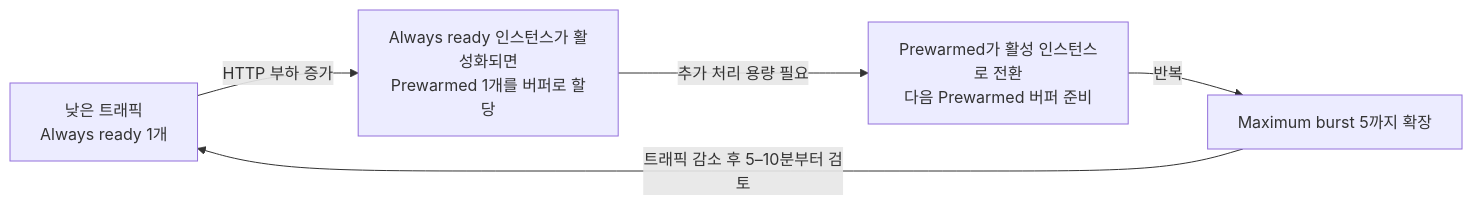
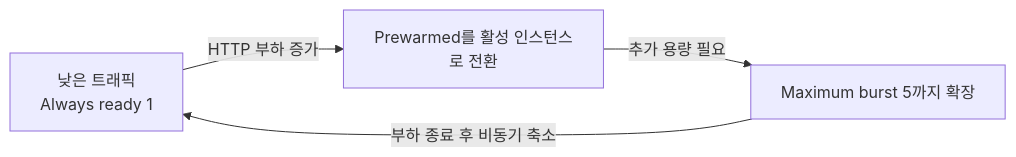
The diagram in docs/07-autoscale.md (freeman9844/ms-appservice-basic-workshop01), drawn with Mermaid before and after one commit. The commit also changed other lines of this file and 1 other file, not shown here.

Commit message:
docs: split autoscale basic and prewarmed labs

````diff
--- a/docs/07-autoscale.md
+++ b/docs/07-autoscale.md
@@ -95,9 +69,6 @@
 ```mermaid
 flowchart LR
-    IDLE["낮은 트래픽<br/>Always ready 1개"] -->|"HTTP 부하 증가"| BUFFER
-    BUFFER["Always ready 인스턴스가 활성화되면<br/>Prewarmed 1개를 버퍼로 할당"]
-    BUFFER -->|"추가 처리 용량 필요"| SCALE
-    SCALE["Prewarmed가 활성 인스턴스로 전환<br/>다음 Prewarmed 버퍼 준비"]
-    SCALE -->|"반복"| MAX["Maximum burst 5까지 확장"]
-    MAX -->|"트래픽 감소 후 5–10분부터 검토"| IDLE
+    IDLE["낮은 트래픽<br/>Always ready 1"] -->|"HTTP 부하 증가"| SCALE["Prewarmed를 활성 인스턴스로 전환"]
+    SCALE -->|"추가 용량 필요"| MAX["Maximum burst 5까지 확장"]
+    MAX -->|"부하 종료 후 비동기 축소"| IDLE
 ```
````
